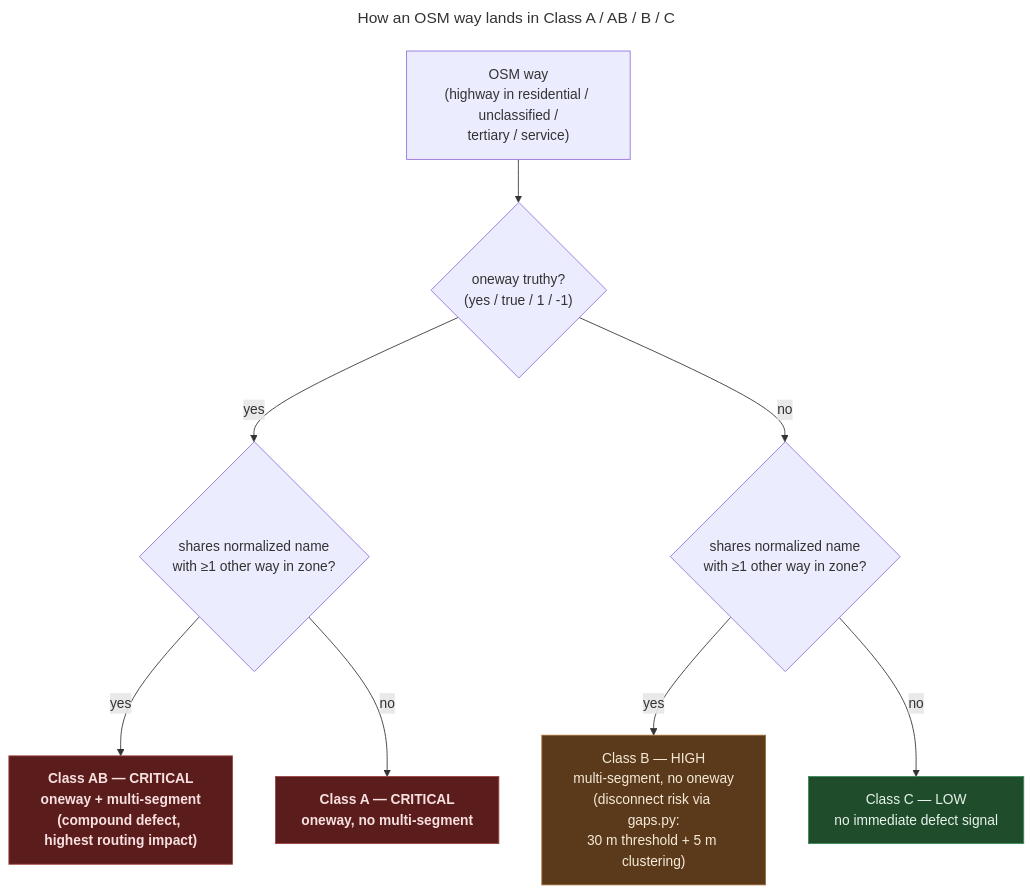
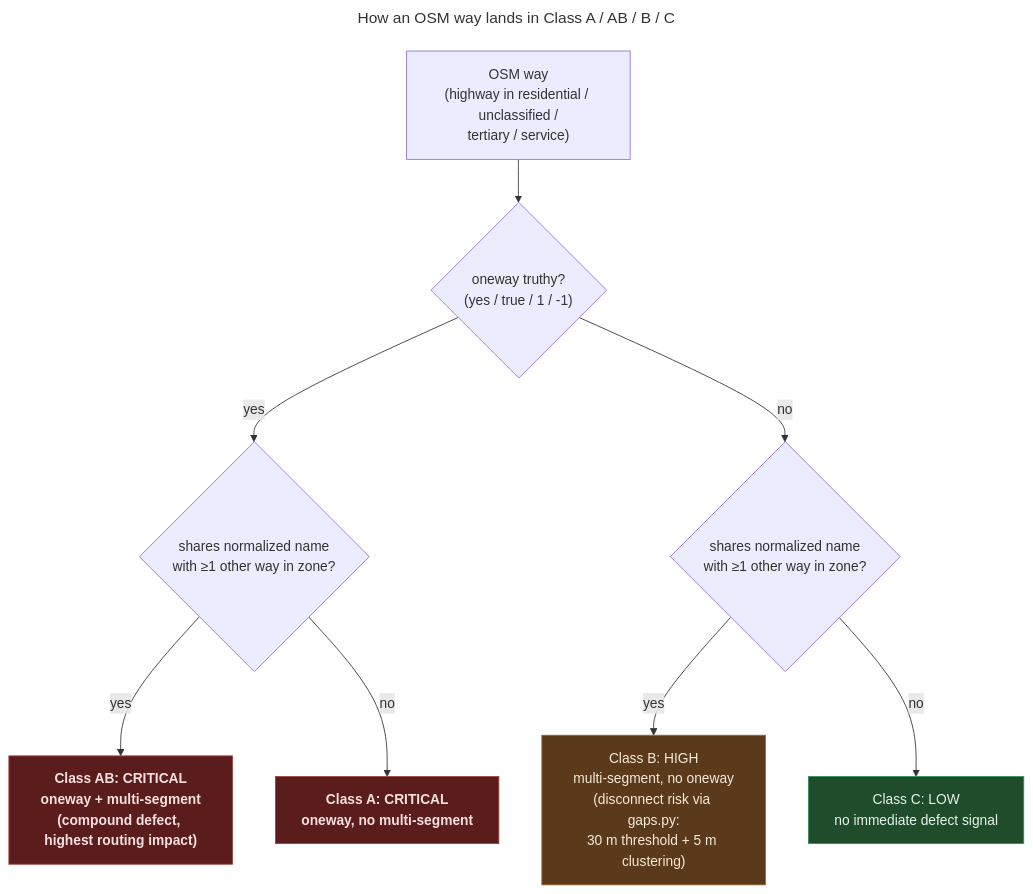
Before and after one commit to AICincy/MetroNow: the second of 5 diagrams in README.md, drawn with Mermaid. The commit also changed other lines of this file and 1 other file, not shown here.

````diff
--- a/README.md
+++ b/README.md
@@ -86,30 +86,30 @@
 ```mermaid
 ---
 title: How an OSM way lands in Class A / AB / B / C
 ---
 flowchart TD
     Way["OSM way<br/>(highway in residential / unclassified /<br/>tertiary / service)"]
     OnewayQ{"oneway truthy?<br/>(yes / true / 1 / -1)"}
     NameQ{"shares normalized name<br/>with ≥1 other way in zone?"}
     NameQ2{"shares normalized name<br/>with ≥1 other way in zone?"}
 
-    AB["Class AB — CRITICAL<br/>oneway + multi-segment<br/>(compound defect, highest routing impact)"]
-    A["Class A — CRITICAL<br/>oneway, no multi-segment"]
-    B["Class B — HIGH<br/>multi-segment, no oneway<br/>(disconnect risk via gaps.py:<br/>30 m threshold + 5 m clustering)"]
-    C["Class C — LOW<br/>no immediate defect signal"]
+    AB["Class AB: CRITICAL<br/>oneway + multi-segment<br/>(compound defect, highest routing impact)"]
+    A["Class A: CRITICAL<br/>oneway, no multi-segment"]
+    B["Class B: HIGH<br/>multi-segment, no oneway<br/>(disconnect risk via gaps.py:<br/>30 m threshold + 5 m clustering)"]
+    C["Class C: LOW<br/>no immediate defect signal"]
 
     Way --> OnewayQ
     OnewayQ -- yes --> NameQ
     OnewayQ -- no --> NameQ2
     NameQ -- yes --> AB
     NameQ -- no --> A
     NameQ2 -- yes --> B
     NameQ2 -- no --> C
 
     classDef critical fill:#5b1c1c,stroke:#a04040,color:#f8e0e0,font-weight:bold
     classDef high fill:#5b3a1c,stroke:#a06632,color:#f5ead7
     classDef low fill:#1f4d2b,stroke:#3b8c5a,color:#e8f3ec
     class AB,A critical
     class B high
     class C low
 ```
````
